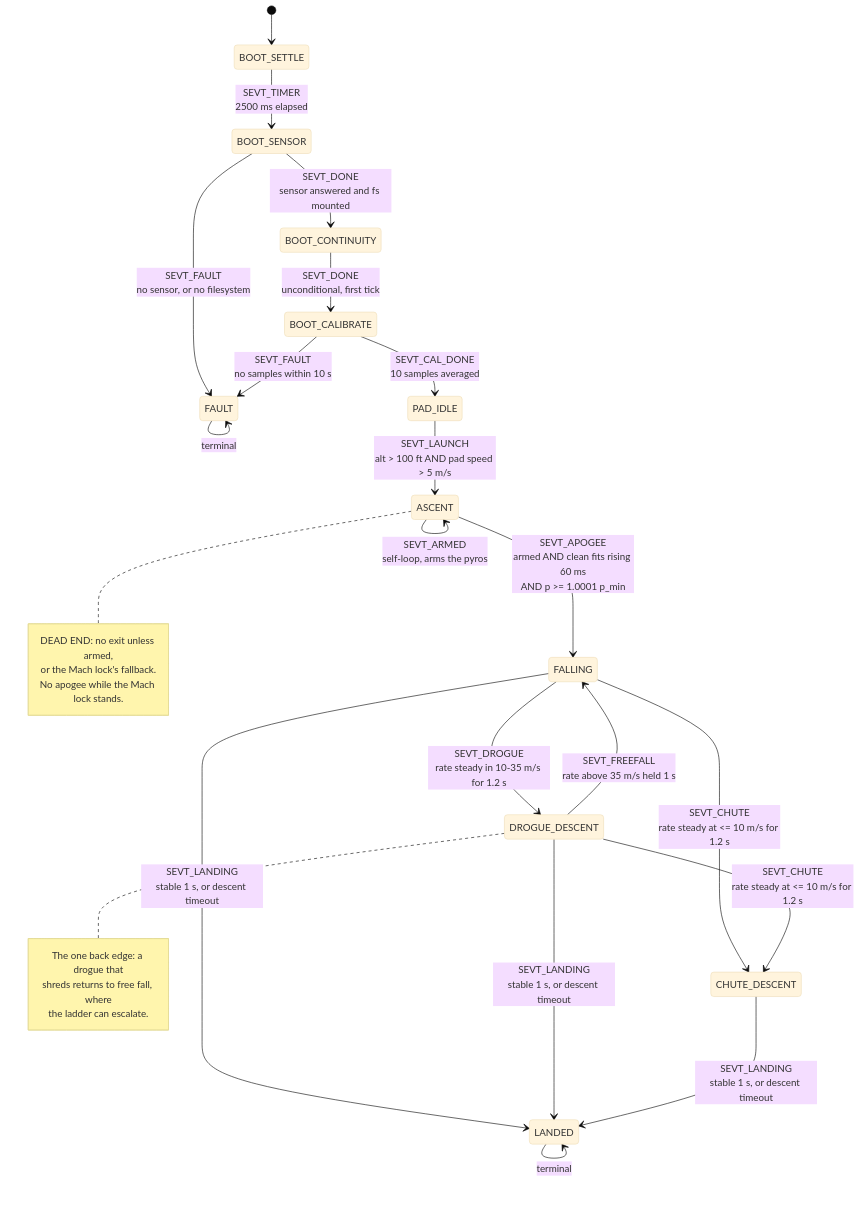
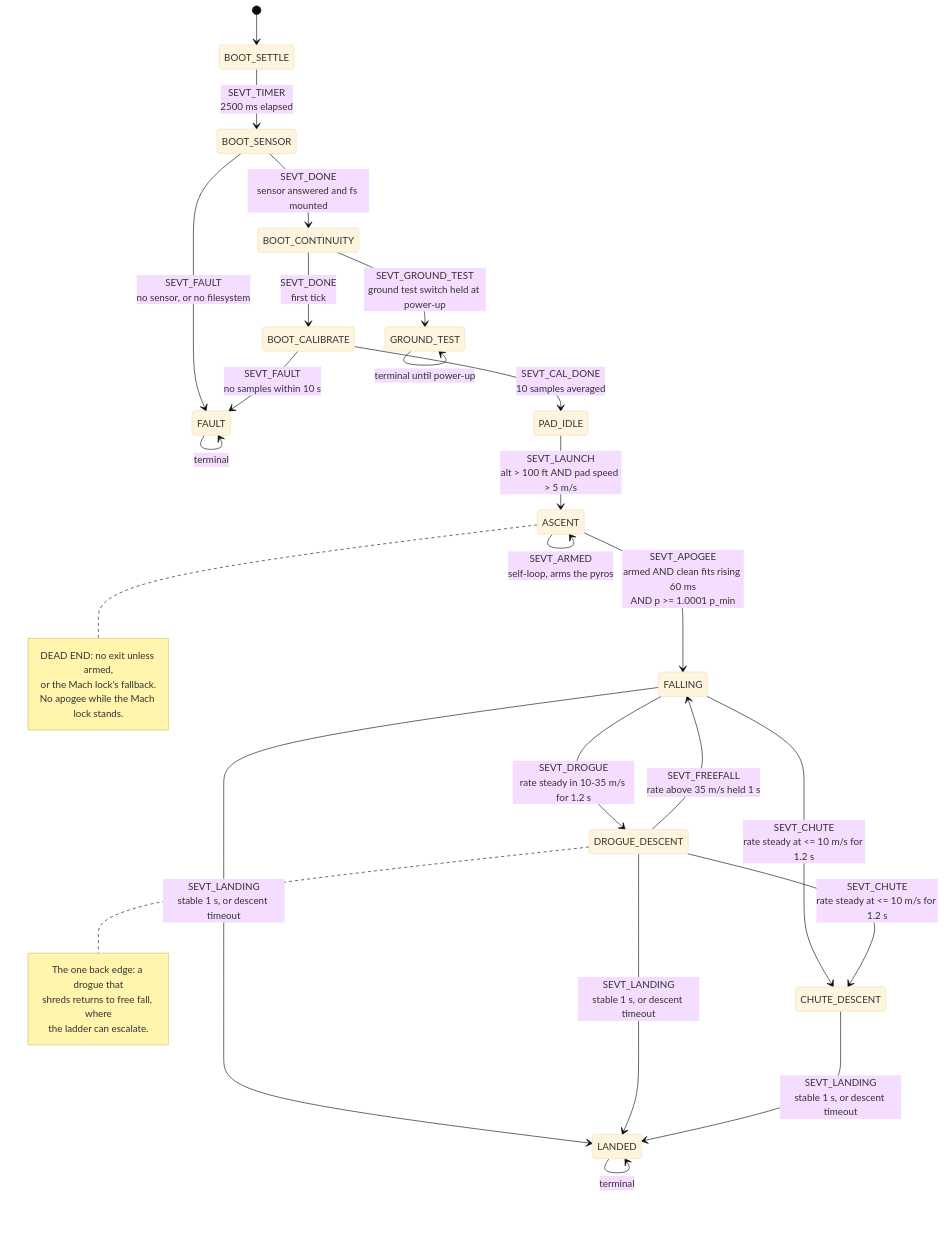
The diagram in docs/flight_states.md (n9wxu/pyro_fw), drawn with Mermaid (base theme) before and after one commit. The commit also changed other lines of this file and 40 other files, not shown here.

````diff
--- a/docs/flight_states.md
+++ b/docs/flight_states.md
@@ -61,39 +61,41 @@
 ```mermaid
 stateDiagram-v2
     direction TB
     [*] --> BOOT_SETTLE
 
     BOOT_SETTLE --> BOOT_SENSOR: SEVT_TIMER<br/>2500 ms elapsed
     BOOT_SENSOR --> BOOT_CONTINUITY: SEVT_DONE<br/>sensor answered and fs mounted
     BOOT_SENSOR --> FAULT: SEVT_FAULT<br/>no sensor, or no filesystem
-    BOOT_CONTINUITY --> BOOT_CALIBRATE: SEVT_DONE<br/>unconditional, first tick
+    BOOT_CONTINUITY --> BOOT_CALIBRATE: SEVT_DONE<br/>first tick
+    BOOT_CONTINUITY --> GROUND_TEST: SEVT_GROUND_TEST<br/>ground test switch held at power-up
     BOOT_CALIBRATE --> PAD_IDLE: SEVT_CAL_DONE<br/>10 samples averaged
     BOOT_CALIBRATE --> FAULT: SEVT_FAULT<br/>no samples within 10 s
 
     PAD_IDLE --> ASCENT: SEVT_LAUNCH<br/>alt > 100 ft AND pad speed > 5 m/s
     ASCENT --> ASCENT: SEVT_ARMED<br/>self-loop, arms the pyros
     ASCENT --> FALLING: SEVT_APOGEE<br/>armed AND clean fits rising 60 ms<br/>AND p >= 1.0001 p_min
 
     FALLING --> DROGUE_DESCENT: SEVT_DROGUE<br/>rate steady in 10-35 m/s for 1.2 s
     FALLING --> CHUTE_DESCENT: SEVT_CHUTE<br/>rate steady at <= 10 m/s for 1.2 s
     DROGUE_DESCENT --> CHUTE_DESCENT: SEVT_CHUTE<br/>rate steady at <= 10 m/s for 1.2 s
     DROGUE_DESCENT --> FALLING: SEVT_FREEFALL<br/>rate above 35 m/s held 1 s
 
     FALLING --> LANDED: SEVT_LANDING<br/>stable 1 s, or descent timeout
     DROGUE_DESCENT --> LANDED: SEVT_LANDING<br/>stable 1 s, or descent timeout
     CHUTE_DESCENT --> LANDED: SEVT_LANDING<br/>stable 1 s, or descent timeout
 
     FAULT --> FAULT: terminal
     LANDED --> LANDED: terminal
+    GROUND_TEST --> GROUND_TEST: terminal until power-up
 
     note right of ASCENT
         DEAD END: no exit unless armed,
         or the Mach lock's fallback.
         No apogee while the Mach lock stands.
     end note
     note right of DROGUE_DESCENT
         The one back edge: a drogue that
         shreds returns to free fall, where
         the ladder can escalate.
     end note
 ```
````
